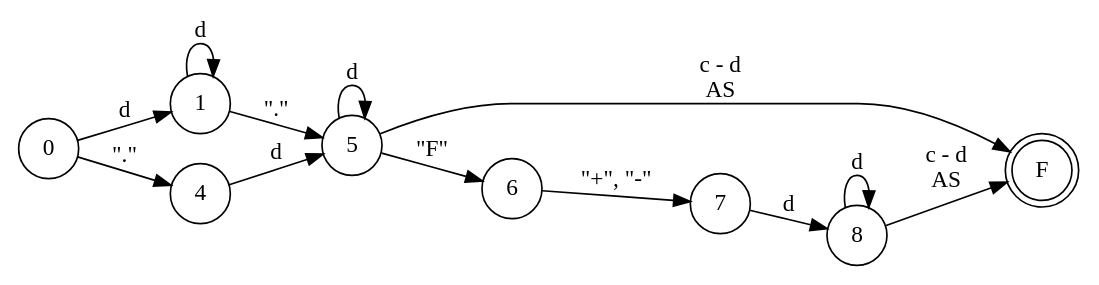
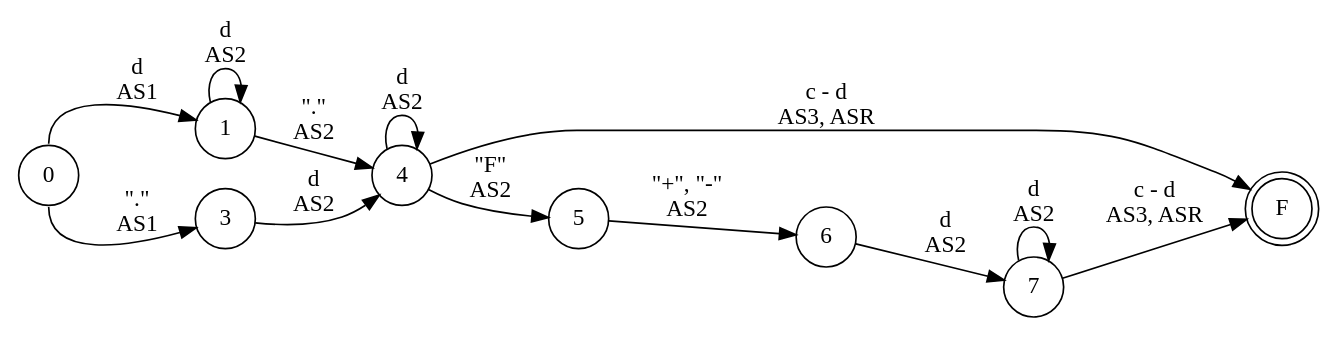
One commit to iroumec/RouVel-Compiler changed the diagram in resources/FA/FADiagrams/floating.dot. Above: the diagram before and after it, drawn with Graphviz. The commit also changed 32 other files, not shown here.

```diff
--- a/resources/FA/FADiagrams/floating.dot
+++ b/resources/FA/FADiagrams/floating.dot
@@ -1,18 +1,18 @@
 digraph DFA {
     rankdir = LR;
     node [shape = circle;];
     F [shape = doublecircle;];
     
-    0 -> 1 [label = "d";];
-    0 -> 4 [label = "\".\"";];
-    1 -> 1 [label = "d";];
-    1 -> 5 [label = "\".\"";];
-    4 -> 5 [label = "d";];
-    5 -> 5 [label = "d";];
-    5 -> F [label = "c - d \n AS";];
-    5 -> 6 [label = "\"F\"";];
-    6 -> 7 [label = "\"+\", \"-\"";];
-    7 -> 8 [label = "d";];
-    8 -> 8 [label = "d";];
-    8 -> F [label = "c - d \n AS";];
+    0 -> 1 [label = "d \n AS1"; tailport = n;];
+    0 -> 3 [label = "\".\" \n AS1"; tailport = s;];
+    1 -> 1 [label = "d \n AS2";];
+    1 -> 4 [label = "\".\" \n AS2";];
+    3 -> 4 [label = "d \n AS2";];
+    4 -> 4 [label = "d \n AS2";];
+    4 -> F [label = "c - d \n AS3, ASR";];
+    4 -> 5 [label = "\"F\" \n AS2";];
+    5 -> 6 [label = "\"+\", \"-\" \n AS2";];
+    6 -> 7 [label = "d \n AS2";];
+    7 -> 7 [label = "d \n AS2";];
+    7 -> F [label = "c - d \n AS3, ASR";];
 }
```
